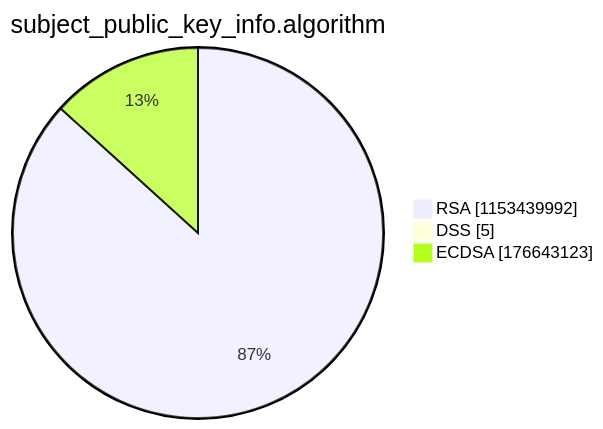
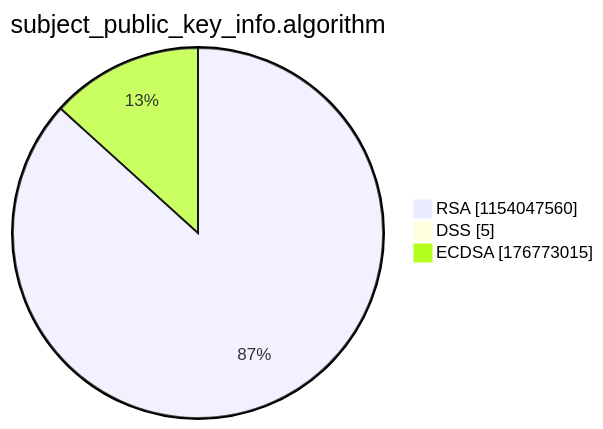
Before and after one commit to christiankrug/ctmonitor_visualization: the third of 15 diagrams in argon2022/README.md, drawn with Mermaid. The commit also changed other lines of this file, not shown here.

````diff
--- a/argon2022/README.md
+++ b/argon2022/README.md
@@ -14,7 +14,7 @@
 ```mermaid
 pie showData
 title subject_public_key_info.algorithm
-"RSA" :1153439992
+"RSA" :1154047560
 "DSS" :5
-"ECDSA" :176643123
+"ECDSA" :176773015
 ```
````
